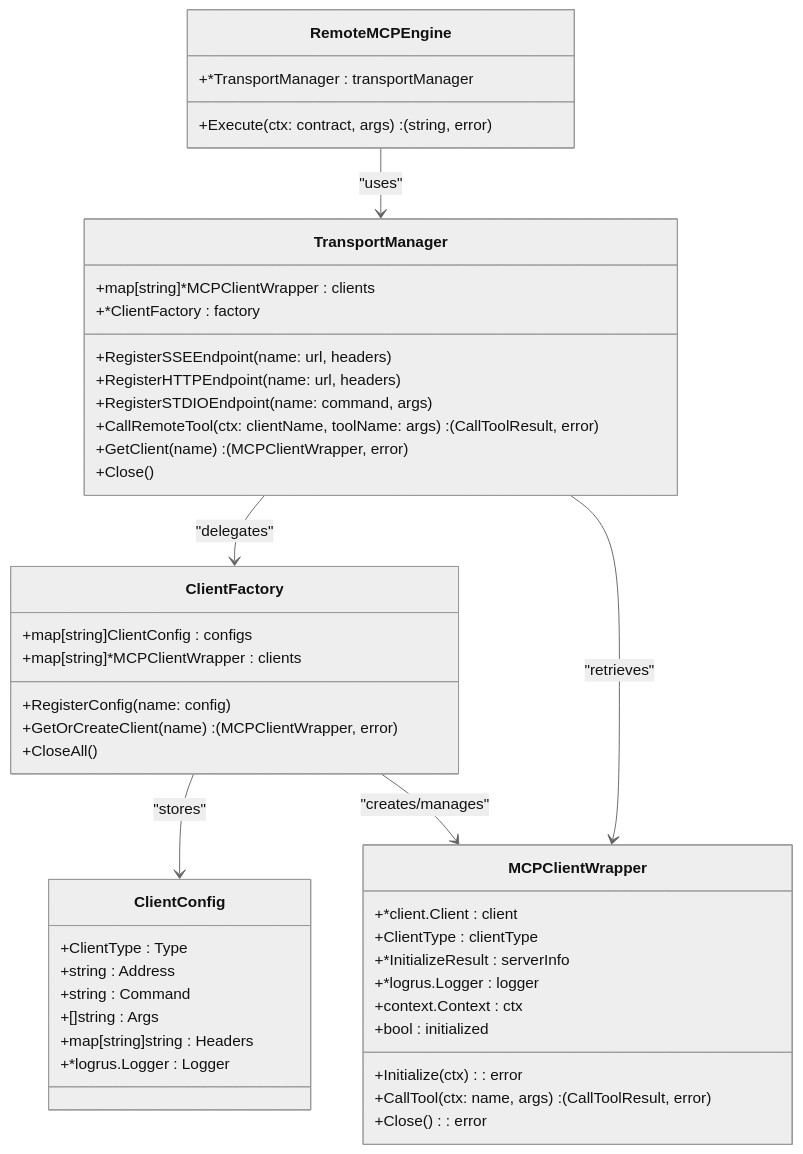
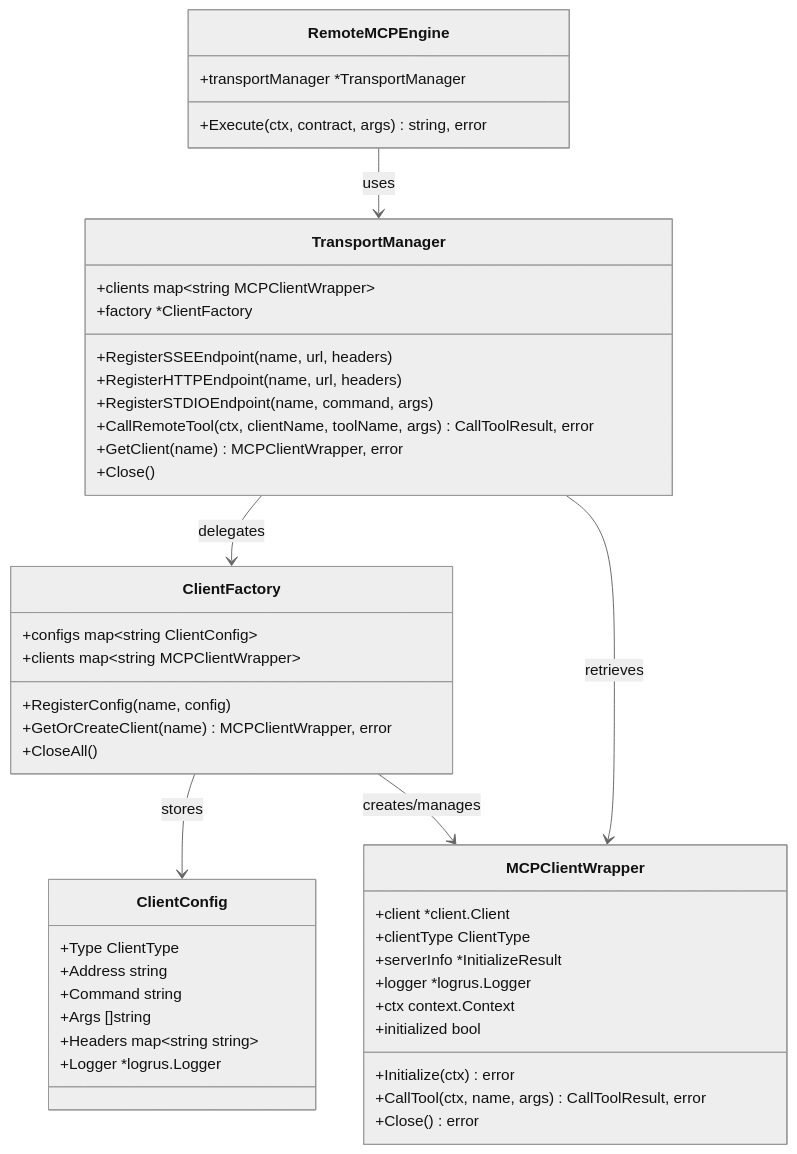
One commit to prxs-ai/praxis-go-sdk changed the first of 2 diagrams in docs/Architecture Overview/Execution Engine Abstraction/Remote MCP Execution Engine.md. Above: the diagram before and after it, drawn with Mermaid (neutral theme). The commit also changed other lines of this file and 33 other files, not shown here.

````diff
--- a/docs/Architecture Overview/Execution Engine Abstraction/Remote MCP Execution Engine.md
+++ b/docs/Architecture Overview/Execution Engine Abstraction/Remote MCP Execution Engine.md
@@ -31,48 +31,48 @@
 ```mermaid
 classDiagram
 class RemoteMCPEngine {
-+*TransportManager : transportManager
-+Execute(ctx: contract, args) : (string, error)
++transportManager *TransportManager
++Execute(ctx, contract, args) string, error
 }
 class TransportManager {
-+map[string]*MCPClientWrapper : clients
-+*ClientFactory : factory
-+RegisterSSEEndpoint(name: url, headers)
-+RegisterHTTPEndpoint(name: url, headers)
-+RegisterSTDIOEndpoint(name: command, args)
-+CallRemoteTool(ctx: clientName, toolName: args) : (CallToolResult, error)
-+GetClient(name) : (MCPClientWrapper, error)
++clients map~string MCPClientWrapper~
++factory *ClientFactory
++RegisterSSEEndpoint(name, url, headers)
++RegisterHTTPEndpoint(name, url, headers)
++RegisterSTDIOEndpoint(name, command, args)
++CallRemoteTool(ctx, clientName, toolName, args) CallToolResult, error
++GetClient(name) MCPClientWrapper, error
 +Close()
 }
 class MCPClientWrapper {
-+*client.Client : client
-+ClientType : clientType
-+*InitializeResult : serverInfo
-+*logrus.Logger : logger
-+context.Context : ctx
-+bool : initialized
-+Initialize(ctx) : error
-+CallTool(ctx: name, args) : (CallToolResult, error)
-+Close() : error
++client *client.Client
++clientType ClientType
++serverInfo *InitializeResult
++logger *logrus.Logger
++ctx context.Context
++initialized bool
++Initialize(ctx) error
++CallTool(ctx, name, args) CallToolResult, error
++Close() error
 }
 class ClientFactory {
-+map[string]ClientConfig : configs
-+map[string]*MCPClientWrapper : clients
-+RegisterConfig(name: config)
-+GetOrCreateClient(name) : (MCPClientWrapper, error)
++configs map~string ClientConfig~
++clients map~string MCPClientWrapper~
++RegisterConfig(name, config)
++GetOrCreateClient(name) MCPClientWrapper, error
 +CloseAll()
 }
 class ClientConfig {
-+ClientType : Type
-+string : Address
-+string : Command
-+[]string : Args
-+map[string]string : Headers
-+*logrus.Logger : Logger
++Type ClientType
++Address string
++Command string
++Args []string
++Headers map~string string~
++Logger *logrus.Logger
 }
-RemoteMCPEngine --> TransportManager : "uses"
-TransportManager --> ClientFactory : "delegates"
-ClientFactory --> ClientConfig : "stores"
-ClientFactory --> MCPClientWrapper : "creates/manages"
-TransportManager --> MCPClientWrapper : "retrieves"
+RemoteMCPEngine --> TransportManager : uses
+TransportManager --> ClientFactory : delegates
+ClientFactory --> ClientConfig : stores
+ClientFactory --> MCPClientWrapper : creates/manages
+TransportManager --> MCPClientWrapper : retrieves
 ```
````
